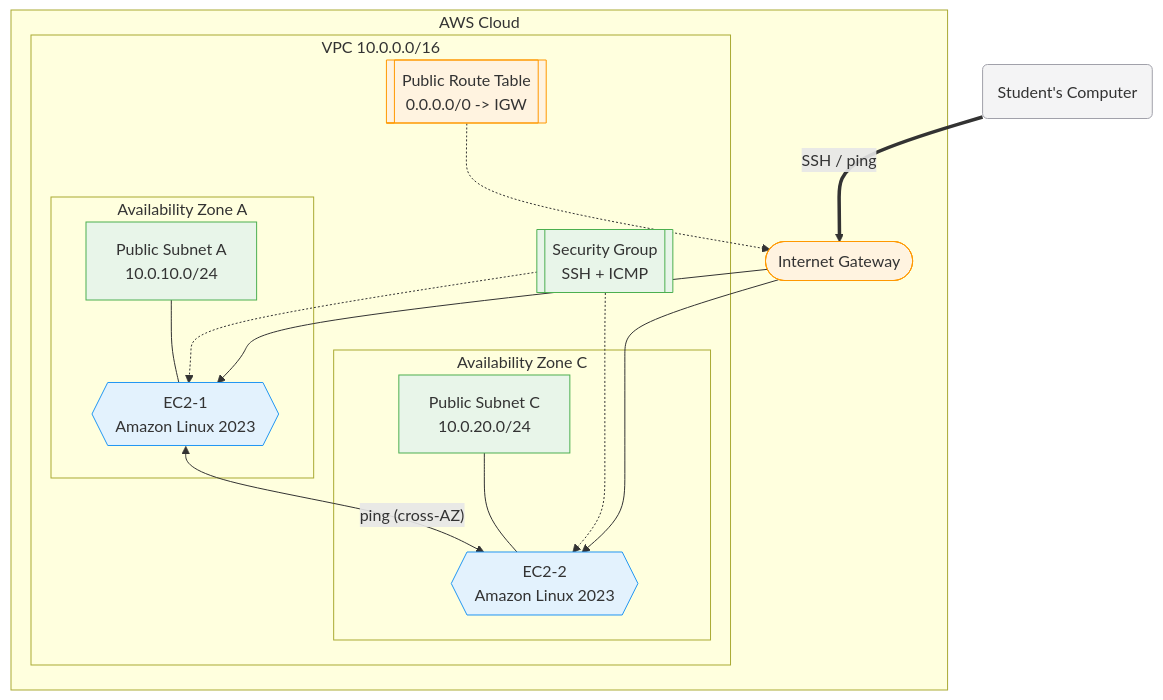
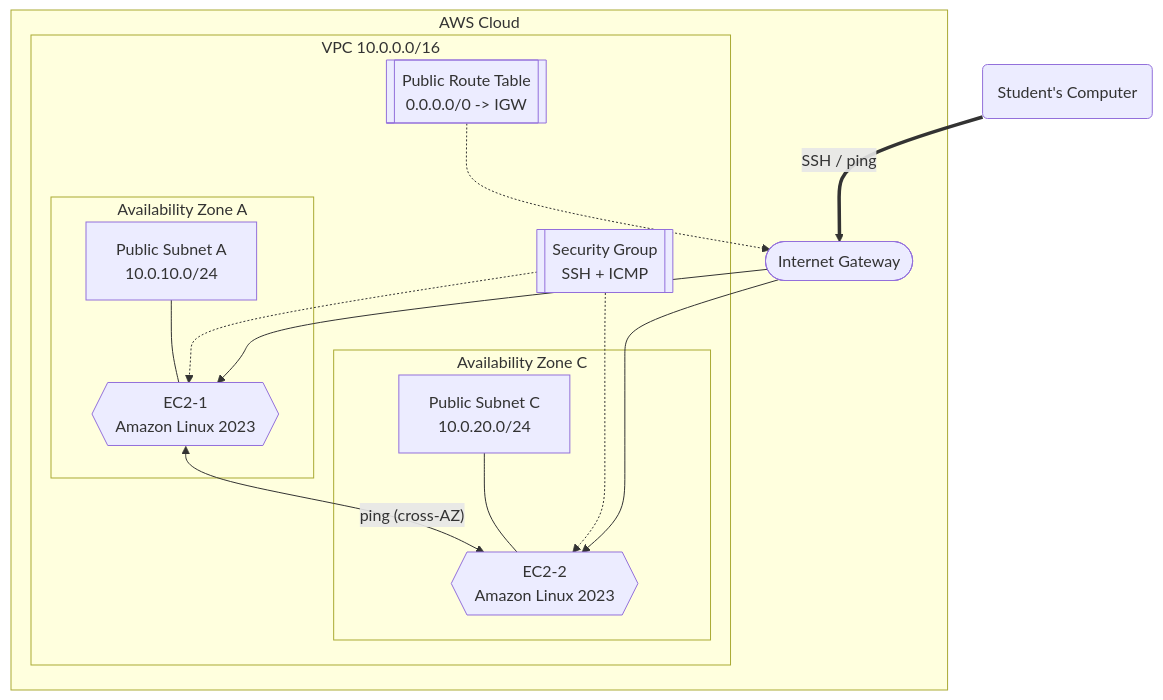
Before and after one commit to gamaware/system-design-course: the diagram in 08-cloud-networking-vpc/README.md, drawn with Mermaid. The commit also changed 6 other files, not shown here.

Commit message:
fix: remove inline colors to respect beautiful-mermaid theme

````diff
--- a/08-cloud-networking-vpc/README.md
+++ b/08-cloud-networking-vpc/README.md
@@ -58,51 +58,40 @@
 ```mermaid
 graph TB
     subgraph AWS ["AWS Cloud"]
         subgraph VPC ["VPC 10.0.0.0/16"]
             %% Availability Zone A
             subgraph AZA ["Availability Zone A"]
                 SUBA["Public Subnet A<br>10.0.10.0/24"]
                 EC2_1{{"EC2-1<br>Amazon Linux 2023"}}
             end
 
             %% Availability Zone C
             subgraph AZC ["Availability Zone C"]
                 SUBC["Public Subnet C<br>10.0.20.0/24"]
                 EC2_2{{"EC2-2<br>Amazon Linux 2023"}}
             end
 
             RT[["Public Route Table<br>0.0.0.0/0 -> IGW"]]
             SG[["Security Group<br>SSH + ICMP"]]
         end
 
         IGW(["Internet Gateway"])
     end
 
     %% External access
     STUDENT("Student's Computer")
 
     %% Connections
     STUDENT ==>|"SSH / ping"| IGW
     IGW --> EC2_1
     IGW --> EC2_2
     EC2_1 <-->|"ping (cross-AZ)"| EC2_2
 
     %% Associations
     RT -.-> IGW
     SG -.-> EC2_1
     SG -.-> EC2_2
     SUBA --- EC2_1
     SUBC --- EC2_2
 
-    %% Class definitions
-    classDef aws fill:#ff9900,stroke:#232f3e,color:#fff
-    classDef subnet fill:#E8F5E9,stroke:#4CAF50
-    classDef compute fill:#E3F2FD,stroke:#2196F3
-    classDef network fill:#FFF3E0,stroke:#FF9800
-    classDef user fill:#f4f4f5,stroke:#a1a1aa
-
-    class IGW,RT network
-    class SUBA,SUBC,SG subnet
-    class EC2_1,EC2_2 compute
-    class STUDENT user
 ```
````
